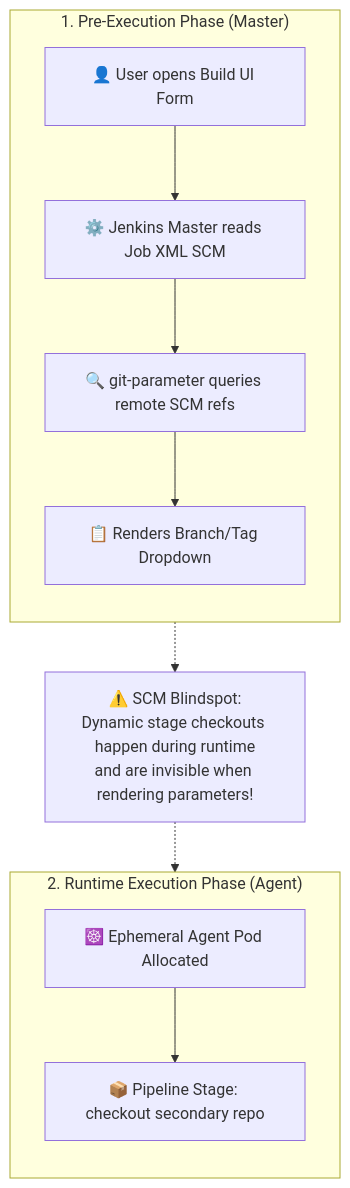
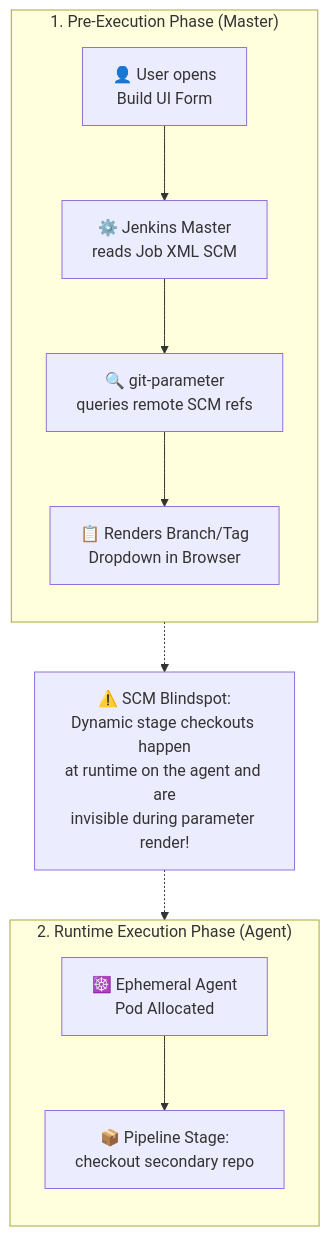
Before and after one commit to nubenetes/jenkins-without-git-parameter: the fourth of 11 diagrams in README.md, drawn with Mermaid. The commit also changed other lines of this file, not shown here.

Commit message:
docs: optimize Mermaid diagram text wrapping, line breaks, and labels to prevent text truncation

````diff
--- a/README.md
+++ b/README.md
@@ -420,25 +420,25 @@
 ```mermaid
 flowchart TB
     subgraph UI_Phase["1. Pre-Execution Phase (Master)"]
         direction TB
-        User["👤 User opens Build UI Form"]
-        Master["⚙️ Jenkins Master reads Job XML SCM"]
-        GitParam["🔍 git-parameter queries remote SCM refs"]
-        Dropdown["📋 Renders Branch/Tag Dropdown"]
+        User["👤 User opens<br/>Build UI Form"]
+        Master["⚙️ Jenkins Master<br/>reads Job XML SCM"]
+        GitParam["🔍 git-parameter<br/>queries remote SCM refs"]
+        Dropdown["📋 Renders Branch/Tag<br/>Dropdown in Browser"]
 
         User --> Master --> GitParam --> Dropdown
     end
 
     subgraph Runtime_Phase["2. Runtime Execution Phase (Agent)"]
         direction TB
-        AllocAgent["☸️ Ephemeral Agent Pod Allocated"]
-        RunStage["📦 Pipeline Stage: checkout secondary repo"]
+        AllocAgent["☸️ Ephemeral Agent<br/>Pod Allocated"]
+        RunStage["📦 Pipeline Stage:<br/>checkout secondary repo"]
 
         AllocAgent --> RunStage
     end
 
-    Gap["⚠️ SCM Blindspot:<br/>Dynamic stage checkouts happen during runtime<br/>and are invisible when rendering parameters!"]
+    Gap["⚠️ SCM Blindspot:<br/>Dynamic stage checkouts happen<br/>at runtime on the agent and are<br/>invisible during parameter render!"]
 
     Dropdown -.-> Gap
     Gap -.-> RunStage
 ```
````
